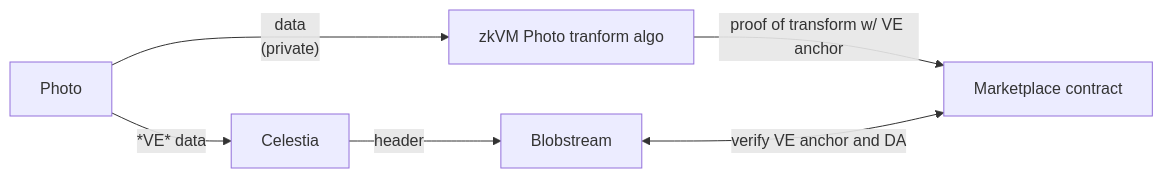
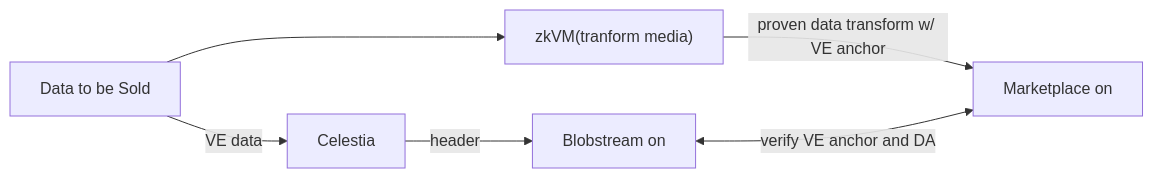
The diagram in doc/verifiable_encryption.md (nuke-web3/pda-proxy), drawn with Mermaid before and after one commit. The commit also changed other lines of this file, not shown here.

````diff
--- a/doc/verifiable_encryption.md
+++ b/doc/verifiable_encryption.md
@@ -74,8 +77,8 @@
 ```mermaid
 flowchart LR
-    Photo["Photo"] -- "data<br>(private)" --> zkVM_Algo["zkVM Photo tranform algo"]
-    zkVM_Algo -- "proof of transform w/ VE anchor" --> Contract["Marketplace contract"]
-    Photo -- "*VE* data" --> Celestia["Celestia"]
-    Celestia -- "header" --> Blobstream["Blobstream"]
+    Data["Data to be Sold"] --> zkVM_Algo["zkVM(tranform media)"]
+    zkVM_Algo -- "proven data transform w/ VE anchor" --> Contract["Marketplace on <dApp chain>"]
+    Data -- "VE data" --> Celestia["Celestia"]
+    Celestia -- "header" --> Blobstream["Blobstream on <dApp chain>"]
     Blobstream <-- "verify VE anchor and DA" --> Contract
 ```
````
